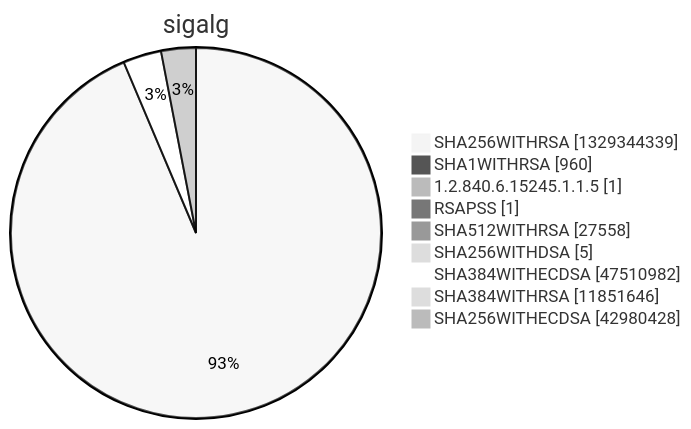
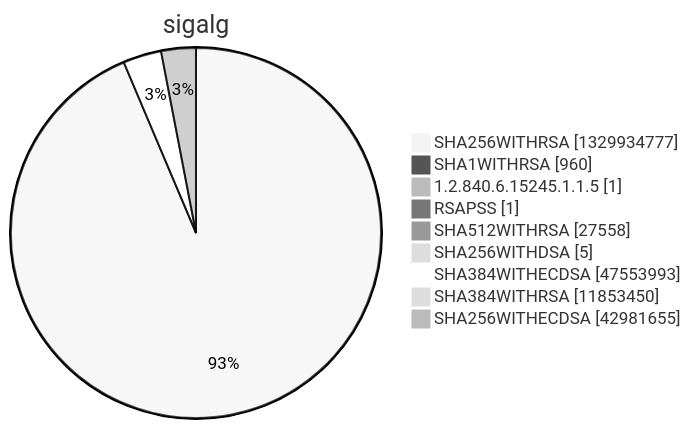
Diagram 15 of 15 in argon2022/README.md (christiankrug/ctmonitor_visualization), drawn with Mermaid (neutral theme) before and after one commit. The commit also changed other lines of this file, not shown here.

````diff
--- a/argon2022/README.md
+++ b/argon2022/README.md
@@ -5524,13 +5524,13 @@
 ```mermaid
 pie showData
 title sigalg
-"SHA256WITHRSA" :1329344339
+"SHA256WITHRSA" :1329934777
 "SHA1WITHRSA" :960
 "1.2.840.6.15245.1.1.5" :1
 "RSAPSS" :1
 "SHA512WITHRSA" :27558
 "SHA256WITHDSA" :5
-"SHA384WITHECDSA" :47510982
-"SHA384WITHRSA" :11851646
-"SHA256WITHECDSA" :42980428
+"SHA384WITHECDSA" :47553993
+"SHA384WITHRSA" :11853450
+"SHA256WITHECDSA" :42981655
 ```
````
